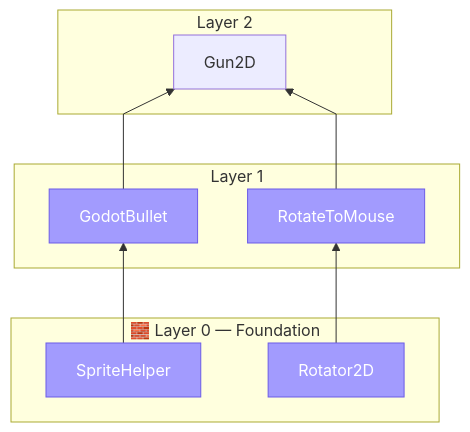
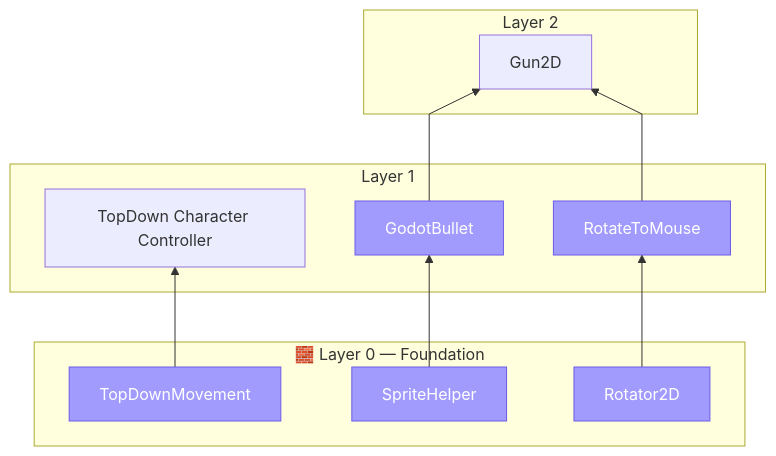
One commit to ChillCube/.github changed the diagram in ADDONS.md. Above: the diagram before and after it, drawn with Mermaid. The commit also changed other lines of this file, not shown here.

Commit message:
registry: update dependency tree

````diff
--- a/ADDONS.md
+++ b/ADDONS.md
@@ -179,35 +179,41 @@
 ```mermaid
 %%{init: {"flowchart": {"curve": "linear"}}}%%
 flowchart BT
     classDef core  fill:#4a9eff,stroke:#2471d4,color:#fff
     classDef shared fill:#a29bfe,stroke:#6c5ce7,color:#fff
     classDef external fill:#fd9644,stroke:#e67e22,color:#fff
 
     subgraph Layer_0["🧱 Layer 0 — Foundation"]
         rotator2d["Rotator2D"]
         spritehelper["SpriteHelper"]
+        topdownmovement["TopDownMovement"]
     end
     subgraph Layer_1["Layer 1"]
+        godot_topdown_character_controller["TopDown Character Controller"]
         godotbullet["GodotBullet"]
         rotatetomouse["RotateToMouse"]
     end
     subgraph Layer_2["Layer 2"]
         gun2d["Gun2D"]
     end
 
     godotbullet --> gun2d
     rotatetomouse --> gun2d
     rotator2d --> rotatetomouse
+    topdownmovement --> godot_topdown_character_controller
     spritehelper --> godotbullet
 
     class godotbullet shared
     class rotatetomouse shared
     class rotator2d shared
     class spritehelper shared
+    class topdownmovement shared
 
+    click godot_topdown_character_controller href "https://github.com/ChillCube/Godot_TopDown_Character_Controller" _blank
     click godotbullet href "https://github.com/ChillCube/GodotBullet" _blank
     click gun2d href "https://github.com/ChillCube/Gun2D" _blank
     click rotatetomouse href "https://github.com/ChillCube/RotateToMouse" _blank
     click rotator2d href "https://github.com/ChillCube/Rotator2D" _blank
     click spritehelper href "https://github.com/ChillCube/SpriteHelper" _blank
+    click topdownmovement href "https://github.com/ChillCube/TopDownMovement" _blank
 ```
````
